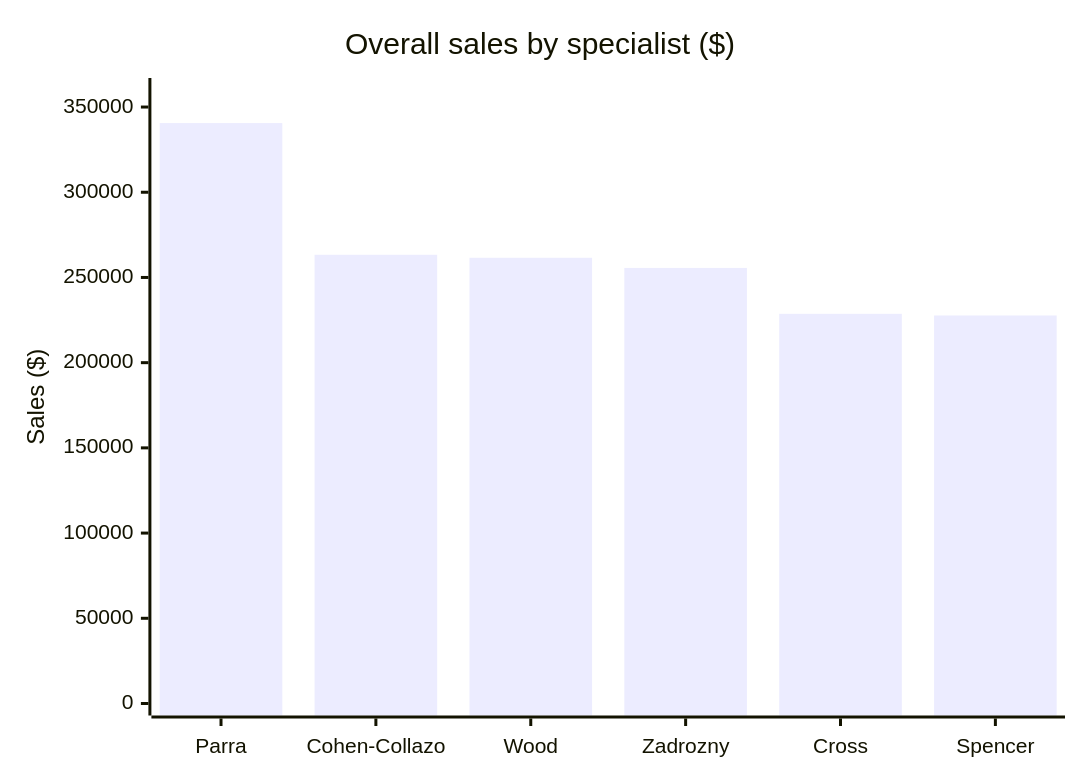
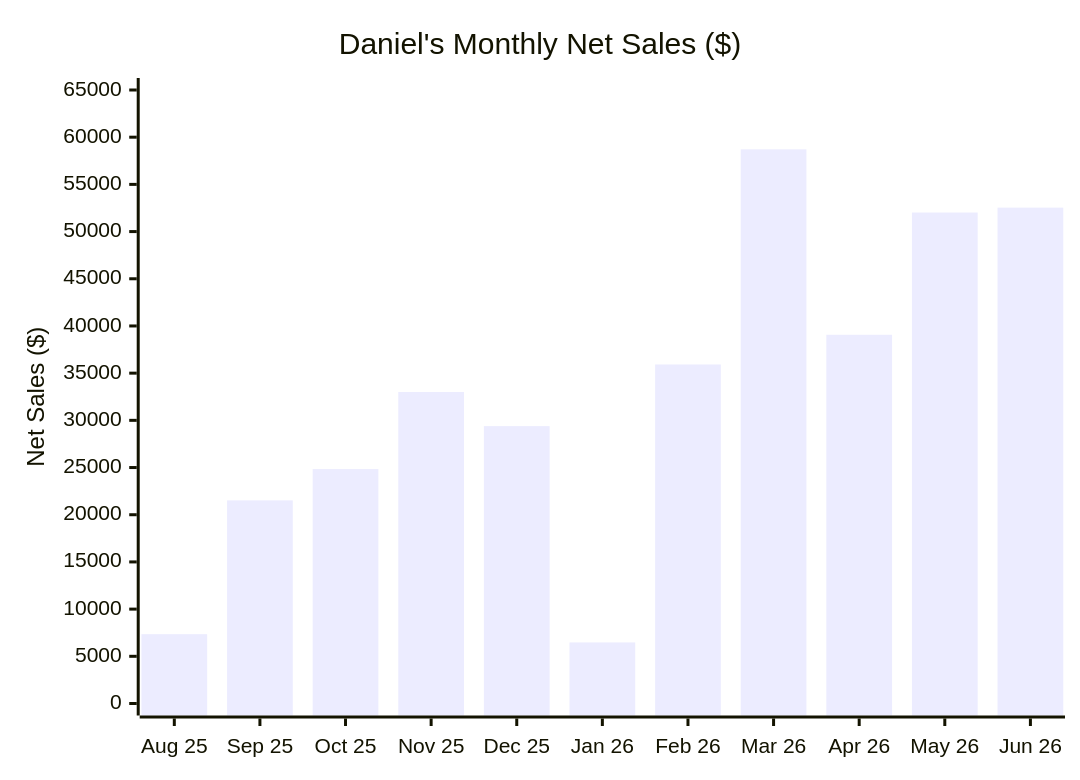
The diagram in README.md (Daniel-Cohen-Collazo/Daniel-Cohen-Collazo), drawn with Mermaid before and after one commit. The commit also changed other lines of this file, not shown here.

````diff
--- a/README.md
+++ b/README.md
@@ -36,7 +31,7 @@
 ```mermaid
 xychart-beta
-    title "Overall sales by specialist ($)"
-    x-axis ["Parra", "Cohen-Collazo", "Wood", "Zadrozny", "Cross", "Spencer"]
-    y-axis "Sales ($)" 0 --> 360000
-    bar [340590, 263322, 261562, 255601, 228671, 227688]
+    title "Daniel's Monthly Net Sales ($)"
+    x-axis ["Aug 25", "Sep 25", "Oct 25", "Nov 25", "Dec 25", "Jan 26", "Feb 26", "Mar 26", "Apr 26", "May 26", "Jun 26"]
+    y-axis "Net Sales ($)" 0 --> 65000
+    bar [7347, 21520, 24836, 33008, 29388, 6468, 35921, 58713, 39068, 52017, 52536]
 ```
````
